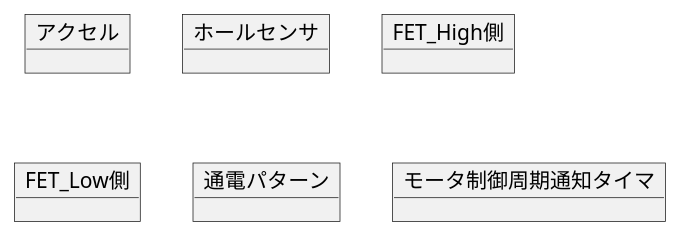
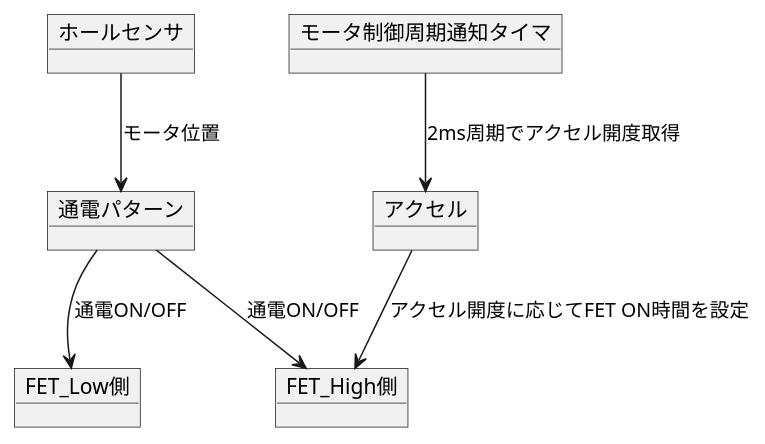
Before and after one commit to grace2riku/evkart_design_analyze: the diagram in 1/object_diagram/evkart_object_diagram.pu, drawn with PlantUML.

Commit message:
オブジェクト図に関連を記載した

```diff
--- a/1/object_diagram/evkart_object_diagram.pu
+++ b/1/object_diagram/evkart_object_diagram.pu
@@ -1,14 +1,15 @@
 @startuml
 object アクセル
-
 object ホールセンサ
-
 object FET_High側
 object FET_Low側
-
 object 通電パターン
-
 object モータ制御周期通知タイマ
 
+アクセル --> FET_High側 : アクセル開度に応じてFET ON時間を設定
+ホールセンサ --> 通電パターン : モータ位置
+通電パターン --> FET_High側 : 通電ON/OFF
+通電パターン --> FET_Low側 : 通電ON/OFF
+モータ制御周期通知タイマ--> アクセル : 2ms周期でアクセル開度取得
 
 @enduml
```
